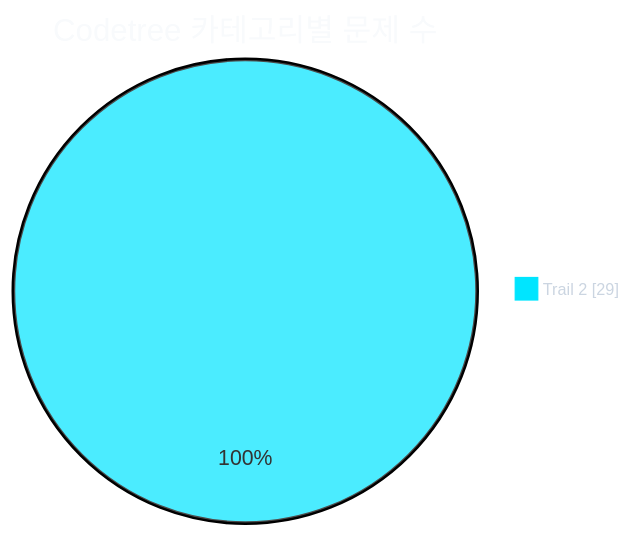
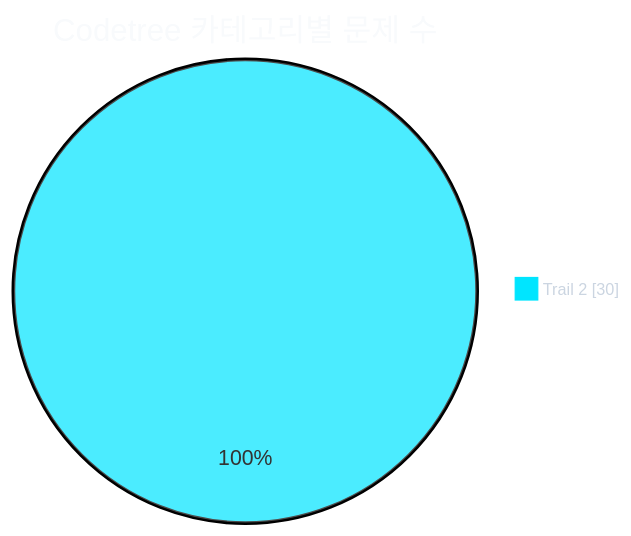
Before and after one commit to CHOOSLA/Algorithm: the first of 2 diagrams in readme.md, drawn with Mermaid. The commit also changed other lines of this file and 2 other files, not shown here.

````diff
--- a/readme.md
+++ b/readme.md
@@ -31,21 +31,21 @@
 ```mermaid
 ---
 config:
   theme: base
   themeVariables:
     background: '#0d1117'
     pieTitleTextColor: '#f8fafc'
     pieLegendTextColor: '#cbd5e1'
     pieLegendTextSize: '13px'
     pie1: '#00e5ff'
     pie2: '#22c55e'
     pie3: '#f59e0b'
     pie4: '#a855f7'
     pie5: '#ec4899'
     pie6: '#3b82f6'
     pie7: '#64748b'
 ---
 pie showData
   title Codetree 카테고리별 문제 수
-  "Trail 2" : 29
+  "Trail 2" : 30
 ```
````
